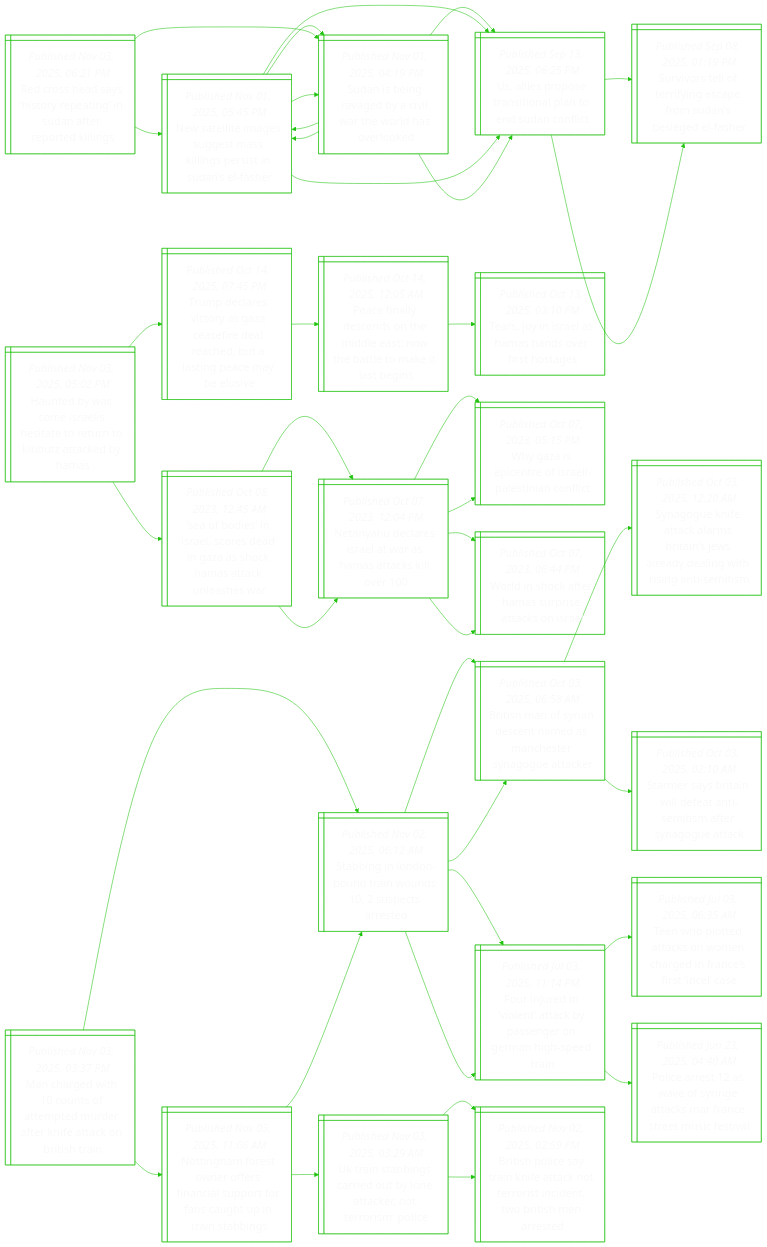
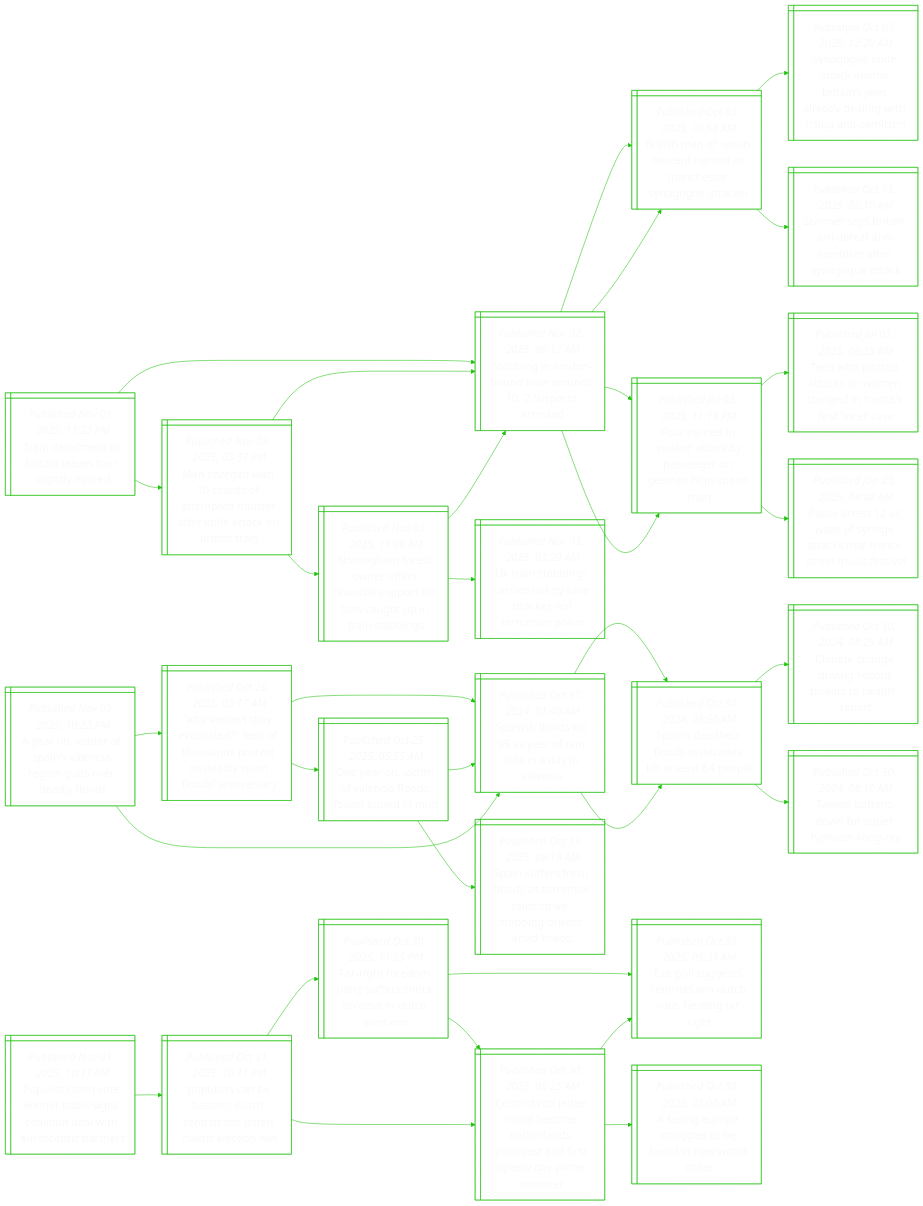
The diagram in README.md (notJmes/notJmes), drawn with Mermaid before and after one commit. The commit also changed other lines of this file, not shown here.

````diff
--- a/README.md
+++ b/README.md
@@ -16,82 +16,8 @@
 flowchart LR
 classDef txtsize font-size:20px;
 
-Roasopnufeel@{ shape: win-pane, label: "_Published Nov 03, 2025, 06:21 PM_
-Red cross head says ‘history repeating’ in sudan after reported killings" }
-Nttggmigsnna@{ shape: win-pane, label: "_Published Nov 01, 2025, 05:45 PM_
-New satellite images suggest mass killings persist in sudan’s el-fasher" }
-Sinayitrsld@{ shape: win-pane, label: "_Published Nov 01, 2025, 04:19 PM_
-Sudan is being ravaged by a civil war the world has overlooked" }
-Nttggmigsnna@{ shape: win-pane, label: "_Published Nov 01, 2025, 05:45 PM_
-New satellite images suggest mass killings persist in sudan’s el-fasher" }
-Uiotiandnl@{ shape: win-pane, label: "_Published Sep 13, 2025, 06:25 PM_
-Us, allies propose transitional plan to end sudan conflict" }
-Uiotiandnl@{ shape: win-pane, label: "_Published Sep 13, 2025, 06:25 PM_
-Us, allies propose transitional plan to end sudan conflict" }
-SvetfeeSsele@{ shape: win-pane, label: "_Published Sep 08, 2025, 01:19 PM_
-Survivors tell of terrifying escape from sudan’s besieged el-fasher" }
-Sinayitrsld@{ shape: win-pane, label: "_Published Nov 01, 2025, 04:19 PM_
-Sudan is being ravaged by a civil war the world has overlooked" }
-Nttggmigsnna@{ shape: win-pane, label: "_Published Nov 01, 2025, 05:45 PM_
-New satellite images suggest mass killings persist in sudan’s el-fasher" }
-Sinayitrsld@{ shape: win-pane, label: "_Published Nov 01, 2025, 04:19 PM_
-Sudan is being ravaged by a civil war the world has overlooked" }
-Uiotiandnl@{ shape: win-pane, label: "_Published Sep 13, 2025, 06:25 PM_
-Us, allies propose transitional plan to end sudan conflict" }
-Uiotiandnl@{ shape: win-pane, label: "_Published Sep 13, 2025, 06:25 PM_
-Us, allies propose transitional plan to end sudan conflict" }
-SvetfeeSsele@{ shape: win-pane, label: "_Published Sep 08, 2025, 01:19 PM_
-Survivors tell of terrifying escape from sudan’s besieged el-fasher" }
-
-Roasopnufeel:::txtsize --> Nttggmigsnna:::txtsize
-Nttggmigsnna:::txtsize --> Sinayitrsld:::txtsize
-Sinayitrsld:::txtsize --> Nttggmigsnna:::txtsize
-Sinayitrsld:::txtsize --> Uiotiandnl:::txtsize
-Nttggmigsnna:::txtsize --> Uiotiandnl:::txtsize
-Uiotiandnl:::txtsize --> SvetfeeSsele:::txtsize
-Roasopnufeel:::txtsize --> Sinayitrsld:::txtsize
-Sinayitrsld:::txtsize --> Nttggmigsnna:::txtsize
-Nttggmigsnna:::txtsize --> Sinayitrsld:::txtsize
-Nttggmigsnna:::txtsize --> Uiotiandnl:::txtsize
-Sinayitrsld:::txtsize --> Uiotiandnl:::txtsize
-Uiotiandnl:::txtsize --> SvetfeeSsele:::txtsize
-
-Heaeeetetbtea@{ shape: win-pane, label: "_Published Nov 03, 2025, 05:02 PM_
-Haunted by war, some israelis hesitate to return to kibbutz attacked by hamas" }
-Tdrcaaededlncbs@{ shape: win-pane, label: "_Published Oct 14, 2025, 07:45 PM_
-Trump declares victory as gaza ceasefire deal reached, but a lasting peace may be elusive" }
-PflcoMeNelale@{ shape: win-pane, label: "_Published Oct 14, 2025, 12:05 AM_
-Peace finally descends on the middle east: now the battle to make it last begins" }
-TjIlmnest@{ shape: win-pane, label: "_Published Oct 13, 2025, 03:10 PM_
-Tears, joy in israel as hamas hands over first hostages" }
-Sbsrcdnacaale@{ shape: win-pane, label: "_Published Oct 08, 2023, 12:45 AM_
-‘sea of bodies’ in israel, scores dead in gaza as shock hamas attack unleashes war" }
-NyeeawHakl@{ shape: win-pane, label: "_Published Oct 07, 2023, 12:04 PM_
-Netanyahu declares israel at war as hamas attacks kill over 100" }
-WzptIleint@{ shape: win-pane, label: "_Published Oct 07, 2023, 05:15 PM_
-Why gaza is epicentre of israeli-palestinian conflict" }
-Wiceapaks@{ shape: win-pane, label: "_Published Oct 07, 2023, 06:44 PM_
-World in shock after hamas surprise attacks on israel" }
-NyeeawHakl@{ shape: win-pane, label: "_Published Oct 07, 2023, 12:04 PM_
-Netanyahu declares israel at war as hamas attacks kill over 100" }
-WzptIleint@{ shape: win-pane, label: "_Published Oct 07, 2023, 05:15 PM_
-Why gaza is epicentre of israeli-palestinian conflict" }
-Wiceapaks@{ shape: win-pane, label: "_Published Oct 07, 2023, 06:44 PM_
-World in shock after hamas surprise attacks on israel" }
-
-Heaeeetetbtea:::txtsize --> Tdrcaaededlncbs:::txtsize
-Tdrcaaededlncbs:::txtsize --> PflcoMeNelale:::txtsize
-PflcoMeNelale:::txtsize --> TjIlmnest:::txtsize
-Heaeeetetbtea:::txtsize --> Sbsrcdnacaale:::txtsize
-Sbsrcdnacaale:::txtsize --> NyeeawHakl:::txtsize
-NyeeawHakl:::txtsize --> WzptIleint:::txtsize
-NyeeawHakl:::txtsize --> Wiceapaks:::txtsize
-Sbsrcdnacaale:::txtsize --> NyeeawHakl:::txtsize
-NyeeawHakl:::txtsize --> WzptIleint:::txtsize
-NyeeawHakl:::txtsize --> Wiceapaks:::txtsize
-
-MawooedeefaBsi@{ shape: win-pane, label: "_Published Nov 03, 2025, 03:37 PM_
-Man charged with 10 counts of attempted murder after knife attack on british train" }
+Tdlitefllu@{ shape: win-pane, label: "_Published Nov 03, 2025, 11:23 PM_
+Train derailment in britain leaves four slightly injured" }
 SiLndndpat@{ shape: win-pane, label: "_Published Nov 02, 2025, 06:12 AM_
 Stabbing in london-bound train wounds 10, 2 suspects arrested" }
 Bsoisnaceaec@{ shape: win-pane, label: "_Published Oct 03, 2025, 06:58 AM_
@@ -106,34 +32,93 @@
 Teen who plotted attacks on women charged in france’s first ‘incel’ case" }
 Pesasgaanruea@{ shape: win-pane, label: "_Published Jun 23, 2025, 04:40 AM_
 Police arrest 12 as wave of syringe attacks mar france street music festival" }
-NnFtrralorcttsi@{ shape: win-pane, label: "_Published Nov 03, 2025, 11:06 AM_
-Nottingham forest owner offers financial support for fans caught up in train stabbings" }
+MawooedeefaBsi@{ shape: win-pane, label: "_Published Nov 03, 2025, 03:37 PM_
+Man charged with 10 counts of attempted murder after knife attack on british train" }
 SiLndndpat@{ shape: win-pane, label: "_Published Nov 02, 2025, 06:12 AM_
 Stabbing in london-bound train wounds 10, 2 suspects arrested" }
 Bsoisnaceaec@{ shape: win-pane, label: "_Published Oct 03, 2025, 06:58 AM_
 British man of syrian descent named as manchester synagogue attacker" }
 Fndoakseehpr@{ shape: win-pane, label: "_Published Jul 03, 2025, 11:14 PM_
 Four injured in ‘violent’ attack by passenger on german high-speed train" }
+NnFtrralorcttsi@{ shape: win-pane, label: "_Published Nov 03, 2025, 11:06 AM_
+Nottingham forest owner offers financial support for fans caught up in train stabbings" }
+SiLndndpat@{ shape: win-pane, label: "_Published Nov 02, 2025, 06:12 AM_
+Stabbing in london-bound train wounds 10, 2 suspects arrested" }
 Uibsitnanrsi@{ shape: win-pane, label: "_Published Nov 03, 2025, 03:29 AM_
 Uk train stabbings carried out by lone attacker, not terrorism: police" }
-BsiynectrnnBsat@{ shape: win-pane, label: "_Published Nov 02, 2025, 02:59 PM_
-British police say train knife attack not terrorist incident, two british men arrested" }
-BsiynectrnnBsat@{ shape: win-pane, label: "_Published Nov 02, 2025, 02:59 PM_
-British police say train knife attack not terrorist incident, two british men arrested" }
 
-MawooedeefaBsi:::txtsize --> SiLndndpat:::txtsize
+Tdlitefllu:::txtsize --> SiLndndpat:::txtsize
 SiLndndpat:::txtsize --> Bsoisnaceaec:::txtsize
 Bsoisnaceaec:::txtsize --> Sontasaerdnhnit:::txtsize
 Bsoisnaceaec:::txtsize --> Sesaletiasot:::txtsize
 SiLndndpat:::txtsize --> Fndoakseehpr:::txtsize
 Fndoakseehpr:::txtsize --> Thttsmainina:::txtsize
 Fndoakseehpr:::txtsize --> Pesasgaanruea:::txtsize
+Tdlitefllu:::txtsize --> MawooedeefaBsi:::txtsize
+MawooedeefaBsi:::txtsize --> SiLndndpat:::txtsize
+SiLndndpat:::txtsize --> Bsoisnaceaec:::txtsize
+SiLndndpat:::txtsize --> Fndoakseehpr:::txtsize
 MawooedeefaBsi:::txtsize --> NnFtrralorcttsi:::txtsize
 NnFtrralorcttsi:::txtsize --> SiLndndpat:::txtsize
-SiLndndpat:::txtsize --> Bsoisnaceaec:::txtsize
-SiLndndpat:::txtsize --> Fndoakseehpr:::txtsize
 NnFtrralorcttsi:::txtsize --> Uibsitnanrsi:::txtsize
-Uibsitnanrsi:::txtsize --> BsiynectrnnBsat:::txtsize
-Uibsitnanrsi:::txtsize --> BsiynectrnnBsat:::txtsize
+
+AodSsneqoefs@{ shape: win-pane, label: "_Published Nov 03, 2025, 10:22 PM_
+A year on, leader of spain’s valencia region quits over deadly floods" }
+Wrhaesodtnlions@{ shape: win-pane, label: "_Published Oct 26, 2025, 03:17 AM_
+‘why weren’t they evacuated?’: tens of thousands protest on deadly spain floods’ anniversary" }
+Ssoleranie@{ shape: win-pane, label: "_Published Oct 31, 2024, 01:40 AM_
+Spanish floods kill 95 as year of rain falls in a day in valencia" }
+Sslfsckttl@{ shape: win-pane, label: "_Published Oct 30, 2024, 08:50 AM_
+Spain’s deadliest floods in decades kill at least 64 people" }
+Oaioefsdeu@{ shape: win-pane, label: "_Published Oct 25, 2025, 05:55 AM_
+One year on, victim of valencia floods found buried in mud" }
+Ssoleranie@{ shape: win-pane, label: "_Published Oct 31, 2024, 01:40 AM_
+Spanish floods kill 95 as year of rain falls in a day in valencia" }
+Ssrsotnrseprsc@{ shape: win-pane, label: "_Published Oct 13, 2025, 06:18 AM_
+Spain suffers fresh floods as torrential rains strike, trapping drivers amid ‘chaos’" }
+Ssoleranie@{ shape: win-pane, label: "_Published Oct 31, 2024, 01:40 AM_
+Spanish floods kill 95 as year of rain falls in a day in valencia" }
+Sslfsckttl@{ shape: win-pane, label: "_Published Oct 30, 2024, 08:50 AM_
+Spain’s deadliest floods in decades kill at least 64 people" }
+Ctnirdahhr@{ shape: win-pane, label: "_Published Oct 30, 2024, 08:29 AM_
+Climate change driving ‘record threats to health’: report" }
+TnewSTog@{ shape: win-pane, label: "_Published Oct 30, 2024, 08:10 AM_
+Taiwan battens down for super typhoon kong-rey" }
+
+AodSsneqoefs:::txtsize --> Wrhaesodtnlions:::txtsize
+Wrhaesodtnlions:::txtsize --> Ssoleranie:::txtsize
+Ssoleranie:::txtsize --> Sslfsckttl:::txtsize
+Wrhaesodtnlions:::txtsize --> Oaioefsdeu:::txtsize
+Oaioefsdeu:::txtsize --> Ssoleranie:::txtsize
+Oaioefsdeu:::txtsize --> Ssrsotnrseprsc:::txtsize
+AodSsneqoefs:::txtsize --> Ssoleranie:::txtsize
+Ssoleranie:::txtsize --> Sslfsckttl:::txtsize
+Sslfsckttl:::txtsize --> Ctnirdahhr:::txtsize
+Sslfsckttl:::txtsize --> TnewSTog:::txtsize
+
+PietnbgaolEccn@{ shape: win-pane, label: "_Published Nov 03, 2025, 10:17 PM_
+Populist czech vote winner babis signs coalition deal with eurosceptic partners" }
+PiaeDcibeien@{ shape: win-pane, label: "_Published Oct 31, 2025, 10:11 PM_
+‘populists can be beaten’: dutch centrist rob jetten claims election win" }
+FgePsrceiccs@{ shape: win-pane, label: "_Published Oct 30, 2025, 11:25 PM_
+Far-right freedom party suffers shock reversal in dutch elections" }
+Eogsrwtttah@{ shape: win-pane, label: "_Published Oct 30, 2025, 05:31 AM_
+Exit poll suggests centrists win dutch vote, beating far right" }
+Cibelotaosfoyrie@{ shape: win-pane, label: "_Published Oct 30, 2025, 05:25 AM_
+Centrist rob jetten could become netherlands’ youngest and first openly gay prime minister" }
+Cibelotaosfoyrie@{ shape: win-pane, label: "_Published Oct 30, 2025, 05:25 AM_
+Centrist rob jetten could become netherlands’ youngest and first openly gay prime minister" }
+Eogsrwtttah@{ shape: win-pane, label: "_Published Oct 30, 2025, 05:31 AM_
+Exit poll suggests centrists win dutch vote, beating far right" }
+Anoreedwdr@{ shape: win-pane, label: "_Published Oct 30, 2025, 05:00 AM_
+A fading europe struggles to be heard in new world order" }
+
+PietnbgaolEccn:::txtsize --> PiaeDcibeien:::txtsize
+PiaeDcibeien:::txtsize --> FgePsrceiccs:::txtsize
+FgePsrceiccs:::txtsize --> Eogsrwtttah:::txtsize
+FgePsrceiccs:::txtsize --> Cibelotaosfoyrie:::txtsize
+PiaeDcibeien:::txtsize --> Cibelotaosfoyrie:::txtsize
+Cibelotaosfoyrie:::txtsize --> Eogsrwtttah:::txtsize
+Cibelotaosfoyrie:::txtsize --> Anoreedwdr:::txtsize
 
 ```
````
